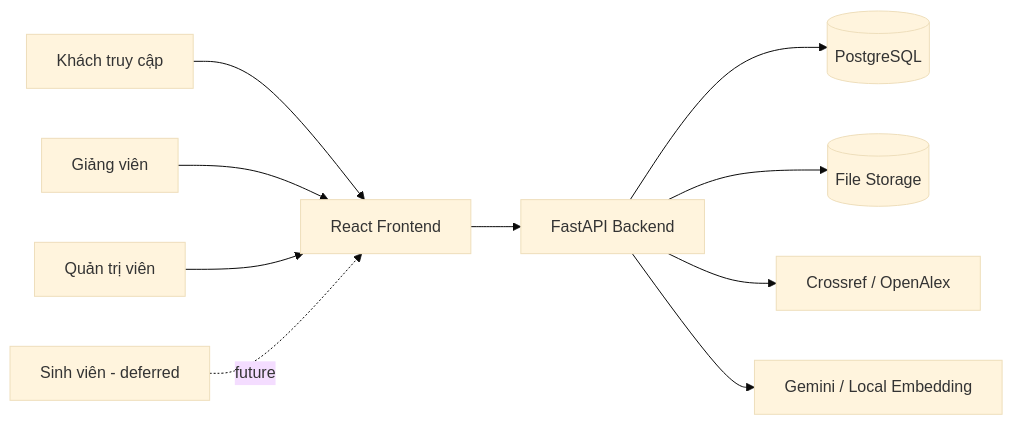
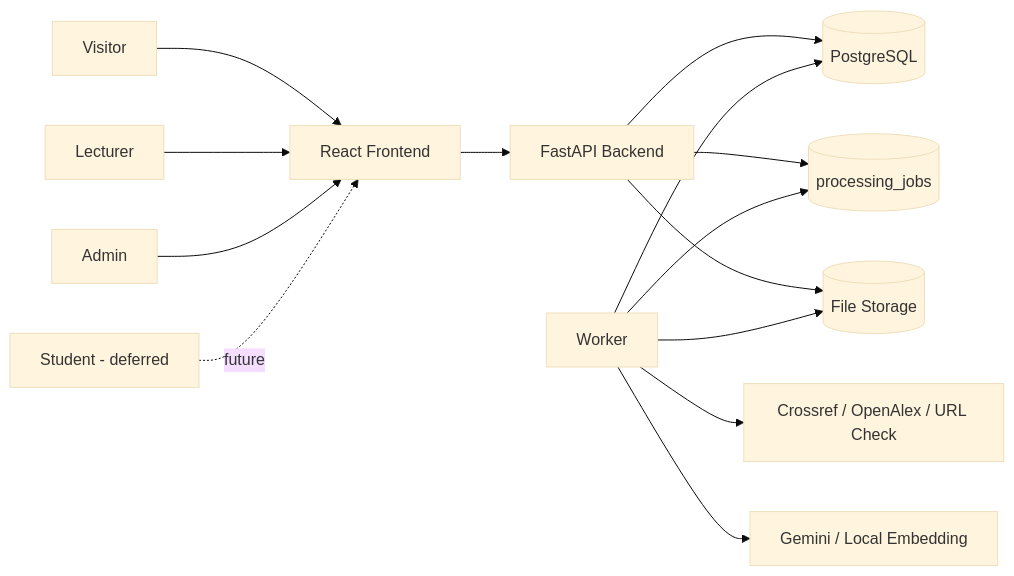
Before and after one commit to Sam-PTSang-040728/TrustLens: the diagram in docs/v1.2/architecture/System_Context_and_Scope.md, drawn with Mermaid (base theme). The commit also changed other lines of this file and 21 other files, not shown here.

````diff
--- a/docs/v1.2/architecture/System_Context_and_Scope.md
+++ b/docs/v1.2/architecture/System_Context_and_Scope.md
@@ -28,23 +31,29 @@
 ```mermaid
 flowchart LR
-    G[Khách truy cập]
-    L[Giảng viên]
-    A[Quản trị viên]
-    S[Sinh viên - deferred]
+    Visitor[Visitor]
+    Lecturer[Lecturer]
+    Admin[Admin]
+    Student[Student - deferred]
     FE[React Frontend]
     API[FastAPI Backend]
     DB[(PostgreSQL)]
+    Queue[(processing_jobs)]
+    Worker[Worker]
     FS[(File Storage)]
-    META[Crossref / OpenAlex]
+    META[Crossref / OpenAlex / URL Check]
     EMB[Gemini / Local Embedding]
 
-    G --> FE
-    L --> FE
-    A --> FE
-    S -. future .-> FE
+    Visitor --> FE
+    Lecturer --> FE
+    Admin --> FE
+    Student -. future .-> FE
     FE --> API
     API --> DB
+    API --> Queue
     API --> FS
-    API --> META
-    API --> EMB
+    Worker --> Queue
+    Worker --> DB
+    Worker --> FS
+    Worker --> META
+    Worker --> EMB
 ```
````
